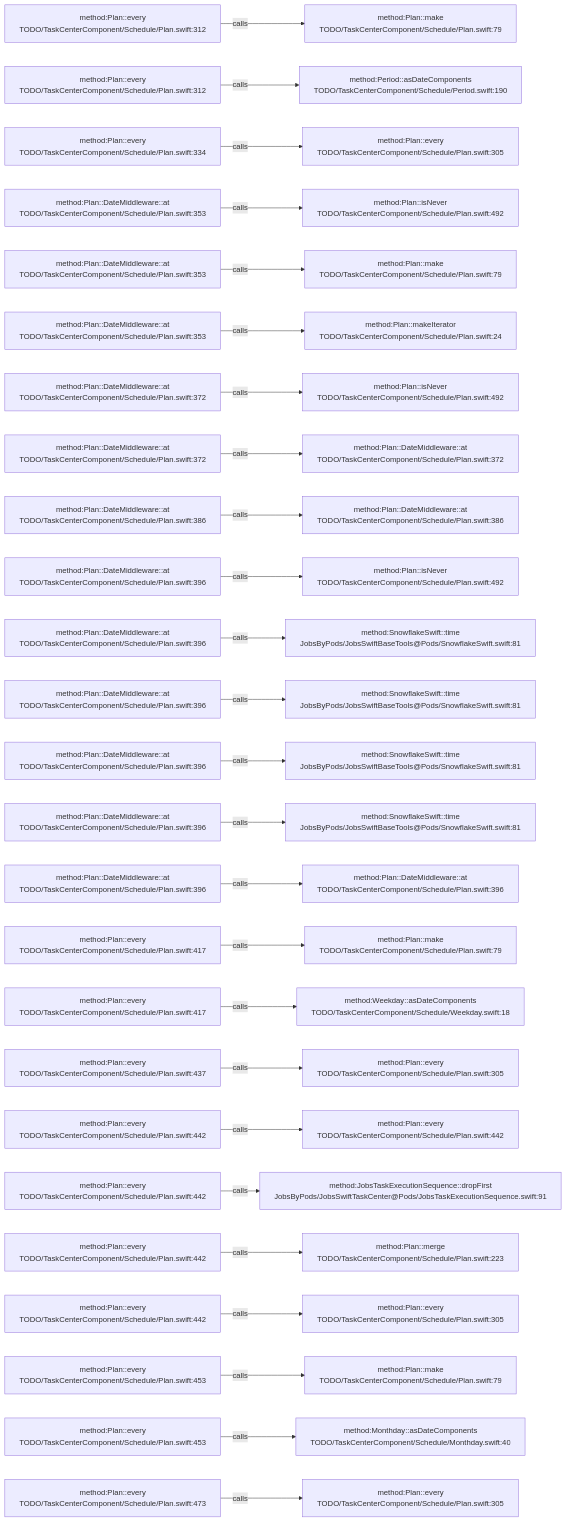
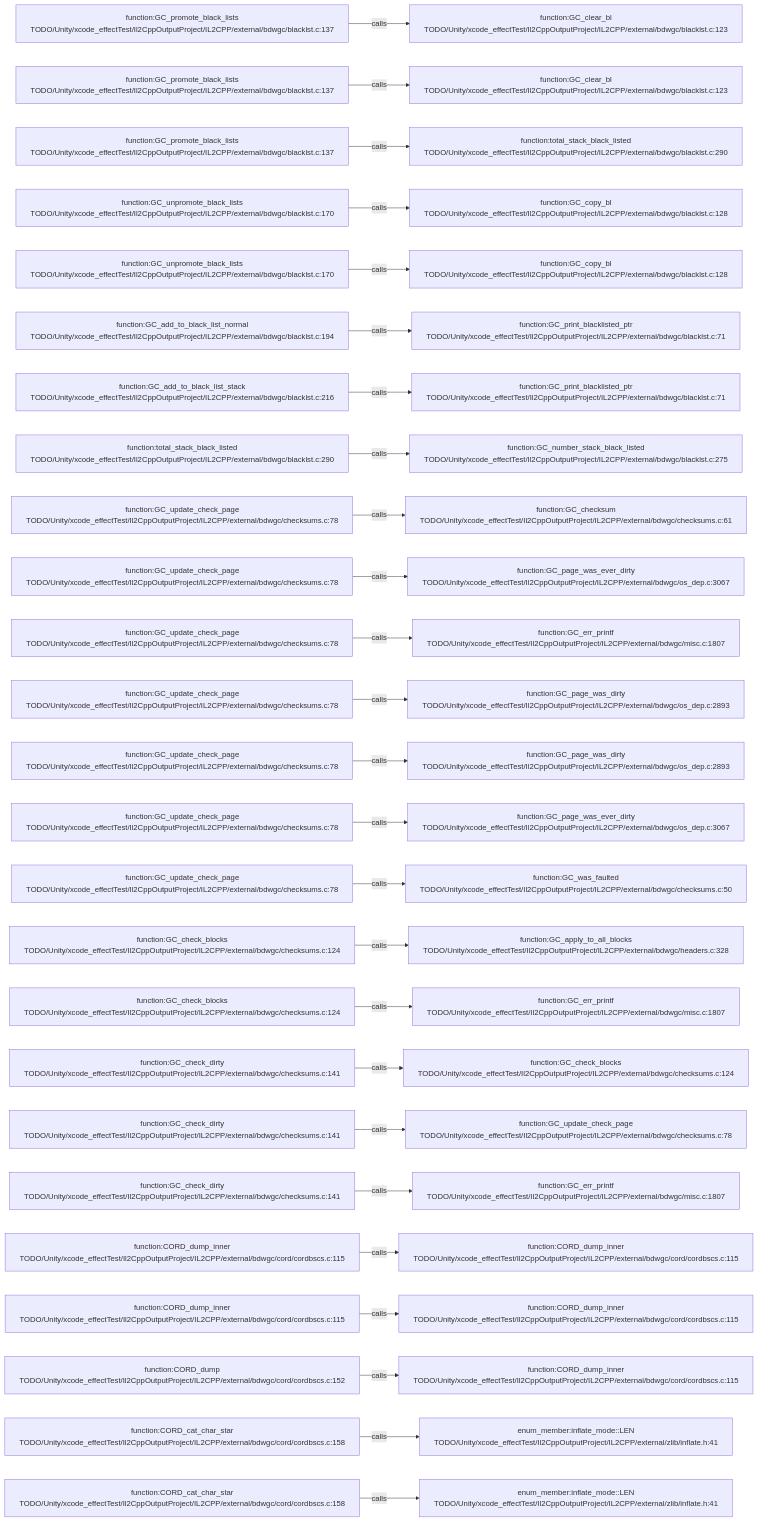
The diagram in .codegraph/codegraph.md/graphs/calls-083.md (JobsKits/JobsSwiftBaseConfigDemo), drawn with Mermaid before and after one commit. The commit also changed 227 other files, not shown here.

````diff
--- a/.codegraph/codegraph.md/graphs/calls-083.md
+++ b/.codegraph/codegraph.md/graphs/calls-083.md
@@ -13,78 +13,78 @@
 ```mermaid
 flowchart LR
-  S1["method:Plan::every<br/>TODO/TaskCenterComponent/Schedule/Plan.swift:312"]
-  T1["method:Plan::make<br/>TODO/TaskCenterComponent/Schedule/Plan.swift:79"]
+  S1["function:GC_promote_black_lists<br/>TODO/Unity/xcode_effectTest/Il2CppOutputProject/IL2CPP/external/bdwgc/blacklst.c:137"]
+  T1["function:GC_clear_bl<br/>TODO/Unity/xcode_effectTest/Il2CppOutputProject/IL2CPP/external/bdwgc/blacklst.c:123"]
   S1 -->|calls| T1
-  S2["method:Plan::every<br/>TODO/TaskCenterComponent/Schedule/Plan.swift:312"]
-  T2["method:Period::asDateComponents<br/>TODO/TaskCenterComponent/Schedule/Period.swift:190"]
+  S2["function:GC_promote_black_lists<br/>TODO/Unity/xcode_effectTest/Il2CppOutputProject/IL2CPP/external/bdwgc/blacklst.c:137"]
+  T2["function:GC_clear_bl<br/>TODO/Unity/xcode_effectTest/Il2CppOutputProject/IL2CPP/external/bdwgc/blacklst.c:123"]
   S2 -->|calls| T2
-  S3["method:Plan::every<br/>TODO/TaskCenterComponent/Schedule/Plan.swift:334"]
-  T3["method:Plan::every<br/>TODO/TaskCenterComponent/Schedule/Plan.swift:305"]
+  S3["function:GC_promote_black_lists<br/>TODO/Unity/xcode_effectTest/Il2CppOutputProject/IL2CPP/external/bdwgc/blacklst.c:137"]
+  T3["function:total_stack_black_listed<br/>TODO/Unity/xcode_effectTest/Il2CppOutputProject/IL2CPP/external/bdwgc/blacklst.c:290"]
   S3 -->|calls| T3
-  S4["method:Plan::DateMiddleware::at<br/>TODO/TaskCenterComponent/Schedule/Plan.swift:353"]
-  T4["method:Plan::isNever<br/>TODO/TaskCenterComponent/Schedule/Plan.swift:492"]
+  S4["function:GC_unpromote_black_lists<br/>TODO/Unity/xcode_effectTest/Il2CppOutputProject/IL2CPP/external/bdwgc/blacklst.c:170"]
+  T4["function:GC_copy_bl<br/>TODO/Unity/xcode_effectTest/Il2CppOutputProject/IL2CPP/external/bdwgc/blacklst.c:128"]
   S4 -->|calls| T4
-  S5["method:Plan::DateMiddleware::at<br/>TODO/TaskCenterComponent/Schedule/Plan.swift:353"]
-  T5["method:Plan::make<br/>TODO/TaskCenterComponent/Schedule/Plan.swift:79"]
+  S5["function:GC_unpromote_black_lists<br/>TODO/Unity/xcode_effectTest/Il2CppOutputProject/IL2CPP/external/bdwgc/blacklst.c:170"]
+  T5["function:GC_copy_bl<br/>TODO/Unity/xcode_effectTest/Il2CppOutputProject/IL2CPP/external/bdwgc/blacklst.c:128"]
   S5 -->|calls| T5
-  S6["method:Plan::DateMiddleware::at<br/>TODO/TaskCenterComponent/Schedule/Plan.swift:353"]
-  T6["method:Plan::makeIterator<br/>TODO/TaskCenterComponent/Schedule/Plan.swift:24"]
+  S6["function:GC_add_to_black_list_normal<br/>TODO/Unity/xcode_effectTest/Il2CppOutputProject/IL2CPP/external/bdwgc/blacklst.c:194"]
+  T6["function:GC_print_blacklisted_ptr<br/>TODO/Unity/xcode_effectTest/Il2CppOutputProject/IL2CPP/external/bdwgc/blacklst.c:71"]
   S6 -->|calls| T6
-  S7["method:Plan::DateMiddleware::at<br/>TODO/TaskCenterComponent/Schedule/Plan.swift:372"]
-  T7["method:Plan::isNever<br/>TODO/TaskCenterComponent/Schedule/Plan.swift:492"]
+  S7["function:GC_add_to_black_list_stack<br/>TODO/Unity/xcode_effectTest/Il2CppOutputProject/IL2CPP/external/bdwgc/blacklst.c:216"]
+  T7["function:GC_print_blacklisted_ptr<br/>TODO/Unity/xcode_effectTest/Il2CppOutputProject/IL2CPP/external/bdwgc/blacklst.c:71"]
   S7 -->|calls| T7
-  S8["method:Plan::DateMiddleware::at<br/>TODO/TaskCenterComponent/Schedule/Plan.swift:372"]
-  T8["method:Plan::DateMiddleware::at<br/>TODO/TaskCenterComponent/Schedule/Plan.swift:372"]
+  S8["function:total_stack_black_listed<br/>TODO/Unity/xcode_effectTest/Il2CppOutputProject/IL2CPP/external/bdwgc/blacklst.c:290"]
+  T8["function:GC_number_stack_black_listed<br/>TODO/Unity/xcode_effectTest/Il2CppOutputProject/IL2CPP/external/bdwgc/blacklst.c:275"]
   S8 -->|calls| T8
-  S9["method:Plan::DateMiddleware::at<br/>TODO/TaskCenterComponent/Schedule/Plan.swift:386"]
-  T9["method:Plan::DateMiddleware::at<br/>TODO/TaskCenterComponent/Schedule/Plan.swift:386"]
+  S9["function:GC_update_check_page<br/>TODO/Unity/xcode_effectTest/Il2CppOutputProject/IL2CPP/external/bdwgc/checksums.c:78"]
+  T9["function:GC_checksum<br/>TODO/Unity/xcode_effectTest/Il2CppOutputProject/IL2CPP/external/bdwgc/checksums.c:61"]
   S9 -->|calls| T9
-  S10["method:Plan::DateMiddleware::at<br/>TODO/TaskCenterComponent/Schedule/Plan.swift:396"]
-  T10["method:Plan::isNever<br/>TODO/TaskCenterComponent/Schedule/Plan.swift:492"]
+  S10["function:GC_update_check_page<br/>TODO/Unity/xcode_effectTest/Il2CppOutputProject/IL2CPP/external/bdwgc/checksums.c:78"]
+  T10["function:GC_page_was_ever_dirty<br/>TODO/Unity/xcode_effectTest/Il2CppOutputProject/IL2CPP/external/bdwgc/os_dep.c:3067"]
   S10 -->|calls| T10
-  S11["method:Plan::DateMiddleware::at<br/>TODO/TaskCenterComponent/Schedule/Plan.swift:396"]
-  T11["method:SnowflakeSwift::time<br/>JobsByPods/JobsSwiftBaseTools@Pods/SnowflakeSwift.swift:81"]
+  S11["function:GC_update_check_page<br/>TODO/Unity/xcode_effectTest/Il2CppOutputProject/IL2CPP/external/bdwgc/checksums.c:78"]
+  T11["function:GC_err_printf<br/>TODO/Unity/xcode_effectTest/Il2CppOutputProject/IL2CPP/external/bdwgc/misc.c:1807"]
   S11 -->|calls| T11
-  S12["method:Plan::DateMiddleware::at<br/>TODO/TaskCenterComponent/Schedule/Plan.swift:396"]
-  T12["method:SnowflakeSwift::time<br/>JobsByPods/JobsSwiftBaseTools@Pods/SnowflakeSwift.swift:81"]
+  S12["function:GC_update_check_page<br/>TODO/Unity/xcode_effectTest/Il2CppOutputProject/IL2CPP/external/bdwgc/checksums.c:78"]
+  T12["function:GC_page_was_dirty<br/>TODO/Unity/xcode_effectTest/Il2CppOutputProject/IL2CPP/external/bdwgc/os_dep.c:2893"]
   S12 -->|calls| T12
-  S13["method:Plan::DateMiddleware::at<br/>TODO/TaskCenterComponent/Schedule/Plan.swift:396"]
-  T13["method:SnowflakeSwift::time<br/>JobsByPods/JobsSwiftBaseTools@Pods/SnowflakeSwift.swift:81"]
+  S13["function:GC_update_check_page<br/>TODO/Unity/xcode_effectTest/Il2CppOutputProject/IL2CPP/external/bdwgc/checksums.c:78"]
+  T13["function:GC_page_was_dirty<br/>TODO/Unity/xcode_effectTest/Il2CppOutputProject/IL2CPP/external/bdwgc/os_dep.c:2893"]
   S13 -->|calls| T13
-  S14["method:Plan::DateMiddleware::at<br/>TODO/TaskCenterComponent/Schedule/Plan.swift:396"]
-  T14["method:SnowflakeSwift::time<br/>JobsByPods/JobsSwiftBaseTools@Pods/SnowflakeSwift.swift:81"]
+  S14["function:GC_update_check_page<br/>TODO/Unity/xcode_effectTest/Il2CppOutputProject/IL2CPP/external/bdwgc/checksums.c:78"]
+  T14["function:GC_page_was_ever_dirty<br/>TODO/Unity/xcode_effectTest/Il2CppOutputProject/IL2CPP/external/bdwgc/os_dep.c:3067"]
   S14 -->|calls| T14
-  S15["method:Plan::DateMiddleware::at<br/>TODO/TaskCenterComponent/Schedule/Plan.swift:396"]
-  T15["method:Plan::DateMiddleware::at<br/>TODO/TaskCenterComponent/Schedule/Plan.swift:396"]
+  S15["function:GC_update_check_page<br/>TODO/Unity/xcode_effectTest/Il2CppOutputProject/IL2CPP/external/bdwgc/checksums.c:78"]
+  T15["function:GC_was_faulted<br/>TODO/Unity/xcode_effectTest/Il2CppOutputProject/IL2CPP/external/bdwgc/checksums.c:50"]
   S15 -->|calls| T15
-  S16["method:Plan::every<br/>TODO/TaskCenterComponent/Schedule/Plan.swift:417"]
-  T16["method:Plan::make<br/>TODO/TaskCenterComponent/Schedule/Plan.swift:79"]
+  S16["function:GC_check_blocks<br/>TODO/Unity/xcode_effectTest/Il2CppOutputProject/IL2CPP/external/bdwgc/checksums.c:124"]
+  T16["function:GC_apply_to_all_blocks<br/>TODO/Unity/xcode_effectTest/Il2CppOutputProject/IL2CPP/external/bdwgc/headers.c:328"]
   S16 -->|calls| T16
-  S17["method:Plan::every<br/>TODO/TaskCenterComponent/Schedule/Plan.swift:417"]
-  T17["method:Weekday::asDateComponents<br/>TODO/TaskCenterComponent/Schedule/Weekday.swift:18"]
+  S17["function:GC_check_blocks<br/>TODO/Unity/xcode_effectTest/Il2CppOutputProject/IL2CPP/external/bdwgc/checksums.c:124"]
+  T17["function:GC_err_printf<br/>TODO/Unity/xcode_effectTest/Il2CppOutputProject/IL2CPP/external/bdwgc/misc.c:1807"]
   S17 -->|calls| T17
-  S18["method:Plan::every<br/>TODO/TaskCenterComponent/Schedule/Plan.swift:437"]
-  T18["method:Plan::every<br/>TODO/TaskCenterComponent/Schedule/Plan.swift:305"]
+  S18["function:GC_check_dirty<br/>TODO/Unity/xcode_effectTest/Il2CppOutputProject/IL2CPP/external/bdwgc/checksums.c:141"]
+  T18["function:GC_check_blocks<br/>TODO/Unity/xcode_effectTest/Il2CppOutputProject/IL2CPP/external/bdwgc/checksums.c:124"]
   S18 -->|calls| T18
-  S19["method:Plan::every<br/>TODO/TaskCenterComponent/Schedule/Plan.swift:442"]
-  T19["method:Plan::every<br/>TODO/TaskCenterComponent/Schedule/Plan.swift:442"]
+  S19["function:GC_check_dirty<br/>TODO/Unity/xcode_effectTest/Il2CppOutputProject/IL2CPP/external/bdwgc/checksums.c:141"]
+  T19["function:GC_update_check_page<br/>TODO/Unity/xcode_effectTest/Il2CppOutputProject/IL2CPP/external/bdwgc/checksums.c:78"]
   S19 -->|calls| T19
-  S20["method:Plan::every<br/>TODO/TaskCenterComponent/Schedule/Plan.swift:442"]
-  T20["method:JobsTaskExecutionSequence::dropFirst<br/>JobsByPods/JobsSwiftTaskCenter@Pods/JobsTaskExecutionSequence.swift:91"]
+  S20["function:GC_check_dirty<br/>TODO/Unity/xcode_effectTest/Il2CppOutputProject/IL2CPP/external/bdwgc/checksums.c:141"]
+  T20["function:GC_err_printf<br/>TODO/Unity/xcode_effectTest/Il2CppOutputProject/IL2CPP/external/bdwgc/misc.c:1807"]
   S20 -->|calls| T20
-  S21["method:Plan::every<br/>TODO/TaskCenterComponent/Schedule/Plan.swift:442"]
-  T21["method:Plan::merge<br/>TODO/TaskCenterComponent/Schedule/Plan.swift:223"]
+  S21["function:CORD_dump_inner<br/>TODO/Unity/xcode_effectTest/Il2CppOutputProject/IL2CPP/external/bdwgc/cord/cordbscs.c:115"]
+  T21["function:CORD_dump_inner<br/>TODO/Unity/xcode_effectTest/Il2CppOutputProject/IL2CPP/external/bdwgc/cord/cordbscs.c:115"]
   S21 -->|calls| T21
-  S22["method:Plan::every<br/>TODO/TaskCenterComponent/Schedule/Plan.swift:442"]
-  T22["method:Plan::every<br/>TODO/TaskCenterComponent/Schedule/Plan.swift:305"]
+  S22["function:CORD_dump_inner<br/>TODO/Unity/xcode_effectTest/Il2CppOutputProject/IL2CPP/external/bdwgc/cord/cordbscs.c:115"]
+  T22["function:CORD_dump_inner<br/>TODO/Unity/xcode_effectTest/Il2CppOutputProject/IL2CPP/external/bdwgc/cord/cordbscs.c:115"]
   S22 -->|calls| T22
-  S23["method:Plan::every<br/>TODO/TaskCenterComponent/Schedule/Plan.swift:453"]
-  T23["method:Plan::make<br/>TODO/TaskCenterComponent/Schedule/Plan.swift:79"]
+  S23["function:CORD_dump<br/>TODO/Unity/xcode_effectTest/Il2CppOutputProject/IL2CPP/external/bdwgc/cord/cordbscs.c:152"]
+  T23["function:CORD_dump_inner<br/>TODO/Unity/xcode_effectTest/Il2CppOutputProject/IL2CPP/external/bdwgc/cord/cordbscs.c:115"]
   S23 -->|calls| T23
-  S24["method:Plan::every<br/>TODO/TaskCenterComponent/Schedule/Plan.swift:453"]
-  T24["method:Monthday::asDateComponents<br/>TODO/TaskCenterComponent/Schedule/Monthday.swift:40"]
+  S24["function:CORD_cat_char_star<br/>TODO/Unity/xcode_effectTest/Il2CppOutputProject/IL2CPP/external/bdwgc/cord/cordbscs.c:158"]
+  T24["enum_member:inflate_mode::LEN<br/>TODO/Unity/xcode_effectTest/Il2CppOutputProject/IL2CPP/external/zlib/inflate.h:41"]
   S24 -->|calls| T24
-  S25["method:Plan::every<br/>TODO/TaskCenterComponent/Schedule/Plan.swift:473"]
-  T25["method:Plan::every<br/>TODO/TaskCenterComponent/Schedule/Plan.swift:305"]
+  S25["function:CORD_cat_char_star<br/>TODO/Unity/xcode_effectTest/Il2CppOutputProject/IL2CPP/external/bdwgc/cord/cordbscs.c:158"]
+  T25["enum_member:inflate_mode::LEN<br/>TODO/Unity/xcode_effectTest/Il2CppOutputProject/IL2CPP/external/zlib/inflate.h:41"]
   S25 -->|calls| T25
 ```
````
